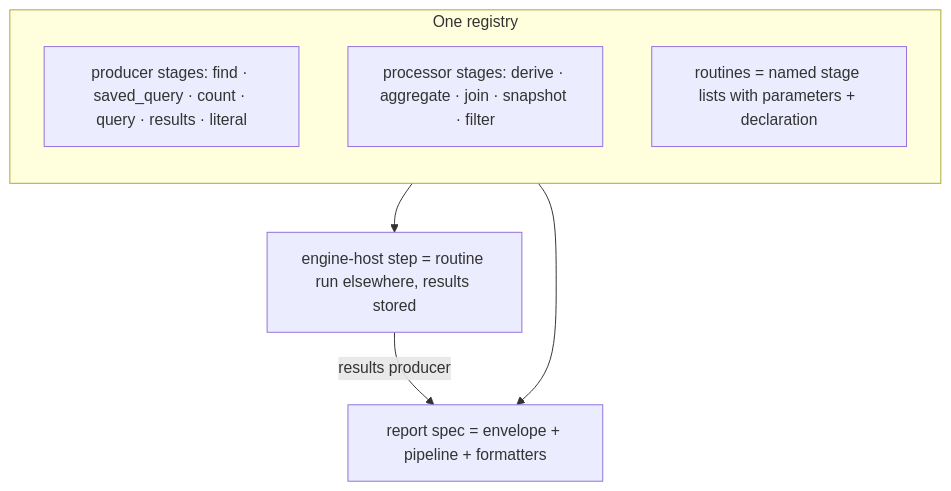
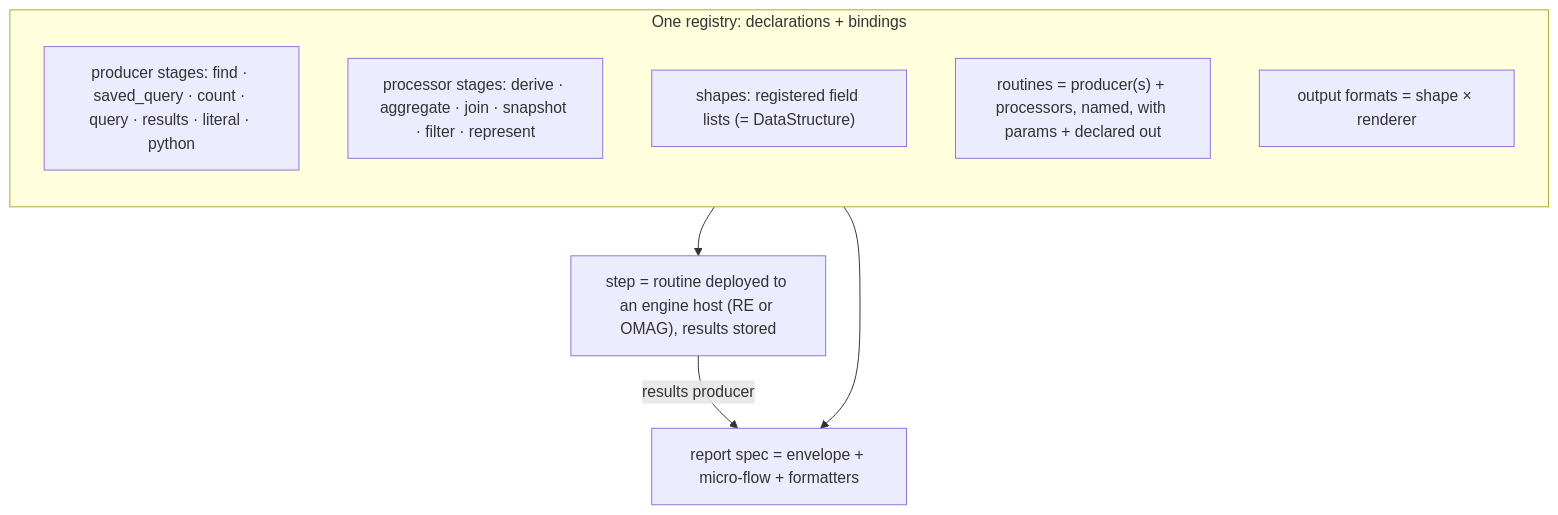
One commit to odpi/egeria-workspaces changed the second of 2 diagrams in portal-docs/Internals/report-spec-pipeline-model.md. Above: the diagram before and after it, drawn with Mermaid. The commit also changed other lines of this file and 2 other files, not shown here.

First line of the commit message:
docs(portal): report-spec micro-flow model v5.1 — JSON + Dr.Egeria examples, local dashboards, Egeria mapping corrected

````diff
--- a/portal-docs/Internals/report-spec-pipeline-model.md
+++ b/portal-docs/Internals/report-spec-pipeline-model.md
@@ -209,12 +386,14 @@
 ```mermaid
 flowchart TB
-  subgraph registry["One registry"]
+  subgraph registry["One registry: declarations + bindings"]
     direction TB
-    S1["producer stages: find · saved_query · count · query · results · literal"]
-    S2["processor stages: derive · aggregate · join · snapshot · filter"]
-    RT["routines = named stage lists with parameters + declaration"]
+    S1["producer stages: find · saved_query · count · query · results · literal · python"]
+    S2["processor stages: derive · aggregate · join · snapshot · filter · represent"]
+    SH["shapes: registered field lists (= DataStructure)"]
+    RT["routines = producer(s) + processors, named, with params + declared out"]
+    OF["output formats = shape × renderer"]
   end
-  RT --> RS["report spec = envelope + pipeline + formatters"]
-  RT --> EH["engine-host step = routine run elsewhere, results stored"]
+  RT --> RS["report spec = envelope + micro-flow + formatters"]
+  RT --> EH["step = routine deployed to an engine host (RE or OMAG), results stored"]
   EH -- "results producer" --> RS
 ```
````
